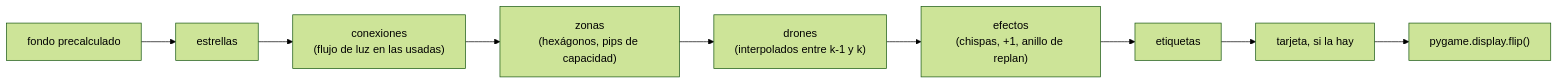
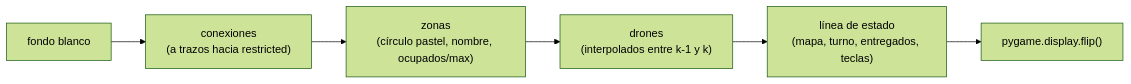
Before and after one commit to 0xARCOS/Fly-In: the third of 3 diagrams in entrega/diagramas/E.4-render-pipeline.md, drawn with Mermaid (forest theme). The commit also changed other lines of this file and 136 other files, not shown here.

````diff
--- a/entrega/diagramas/E.4-render-pipeline.md
+++ b/entrega/diagramas/E.4-render-pipeline.md
@@ -78,11 +85,8 @@
 ```mermaid
 flowchart LR
-    A["fondo precalculado"] --> B["estrellas"]
-    B --> C["conexiones<br/>(flujo de luz en las usadas)"]
-    C --> D["zonas<br/>(hexágonos, pips de capacidad)"]
+    A["fondo blanco"] --> C["conexiones<br/>(a trazos hacia restricted)"]
+    C --> D["zonas<br/>(círculo pastel, nombre, ocupados/max)"]
     D --> E["drones<br/>(interpolados entre k-1 y k)"]
-    E --> F["efectos<br/>(chispas, +1, anillo de replan)"]
-    F --> G["etiquetas"]
-    G --> H["tarjeta, si la hay"]
-    H --> I["pygame.display.flip()"]
+    E --> F["línea de estado<br/>(mapa, turno, entregados, teclas)"]
+    F --> I["pygame.display.flip()"]
 ```
````
